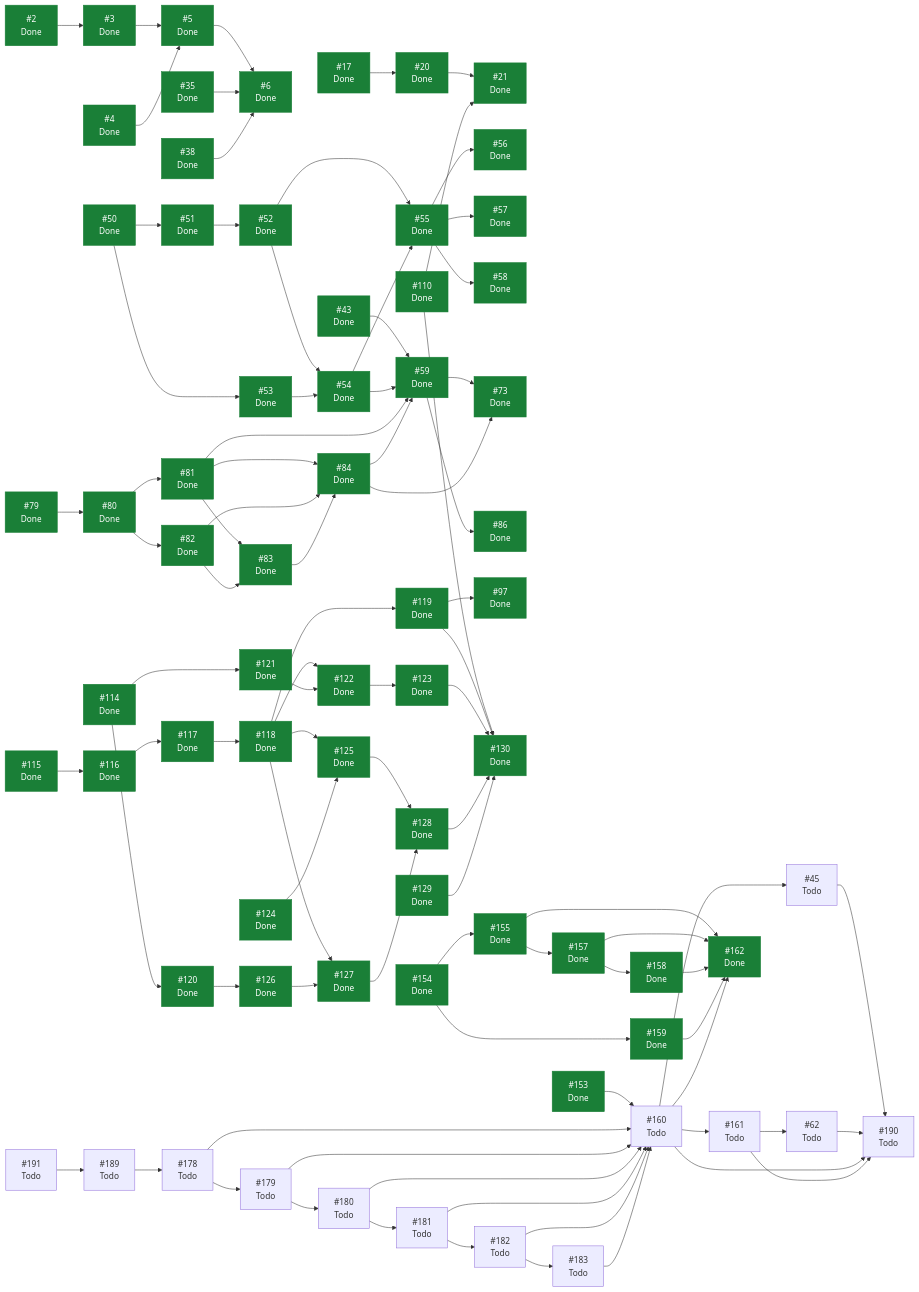
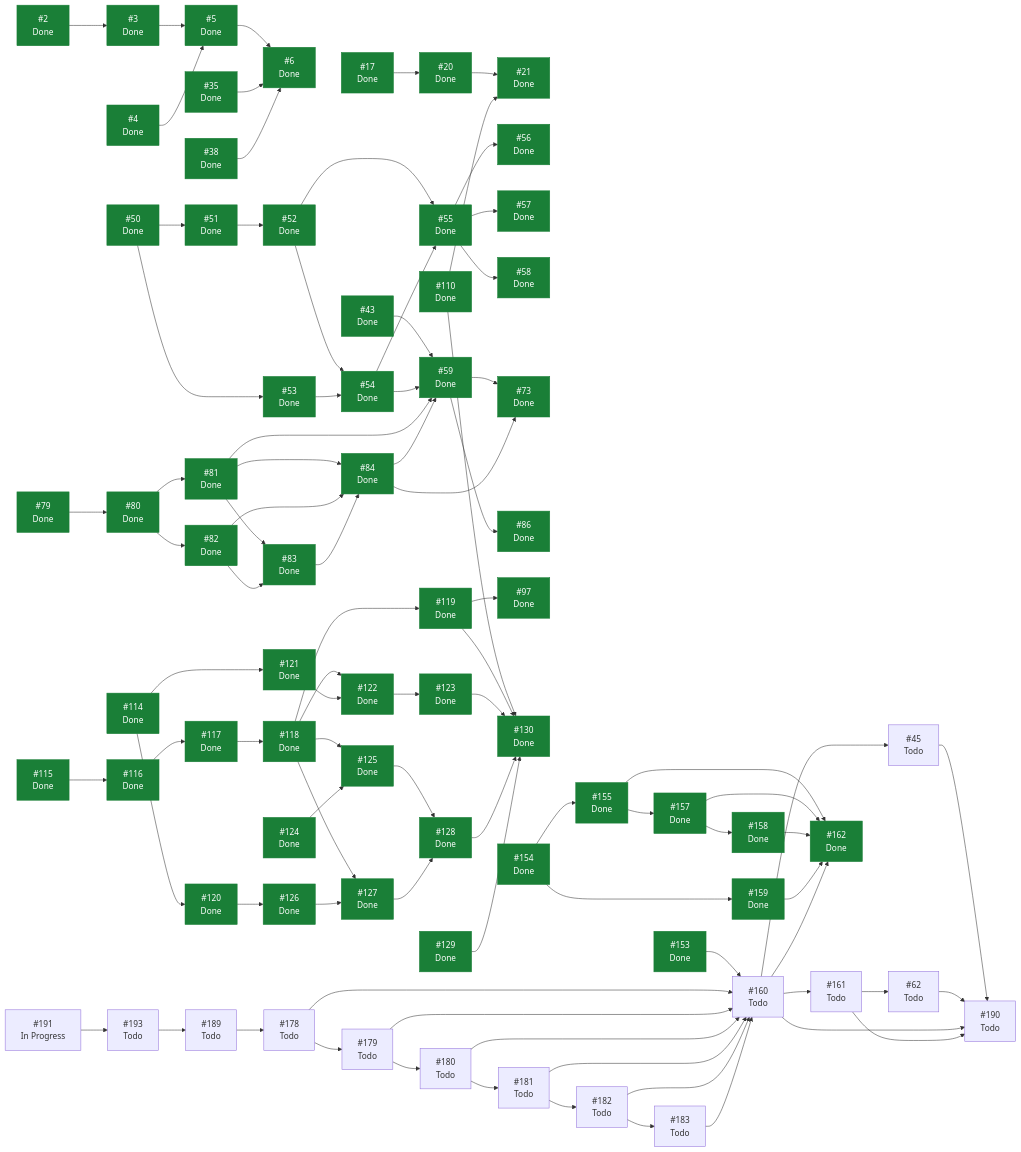
One commit to ecamp0s/evault changed the diagram in docs/planning/STATUS.md. Above: the diagram before and after it, drawn with Mermaid. The commit also changed other lines of this file and 1 other file, not shown here.

````diff
--- a/docs/planning/STATUS.md
+++ b/docs/planning/STATUS.md
@@ -256,7 +257,8 @@
   I183["#183<br/>Todo"]
   I189["#189<br/>Todo"]
   I190["#190<br/>Todo"]
-  I191["#191<br/>Todo"]
+  I191["#191<br/>In Progress"]
+  I193["#193<br/>Todo"]
   I2 --> I3
   I3 --> I5
   I4 --> I5
@@ -342,7 +344,8 @@
   I182 --> I183
   I183 --> I160
   I189 --> I178
-  I191 --> I189
+  I191 --> I193
+  I193 --> I189
   classDef hecho fill:#1a7f37,stroke:#1a7f37,color:#fff;
   class I2,I3,I4,I5,I6,I17,I20,I21,I35,I38,I43,I50,I51,I52,I53,I54,I55,I56,I57,I58,I59,I73,I79,I80,I81,I82,I83,I84,I86,I97,I110,I114,I115,I116,I117,I118,I119,I120,I121,I122,I123,I124,I125,I126,I127,I128,I129,I130,I153,I154,I155,I157,I158,I159,I162 hecho;
 ```
````
